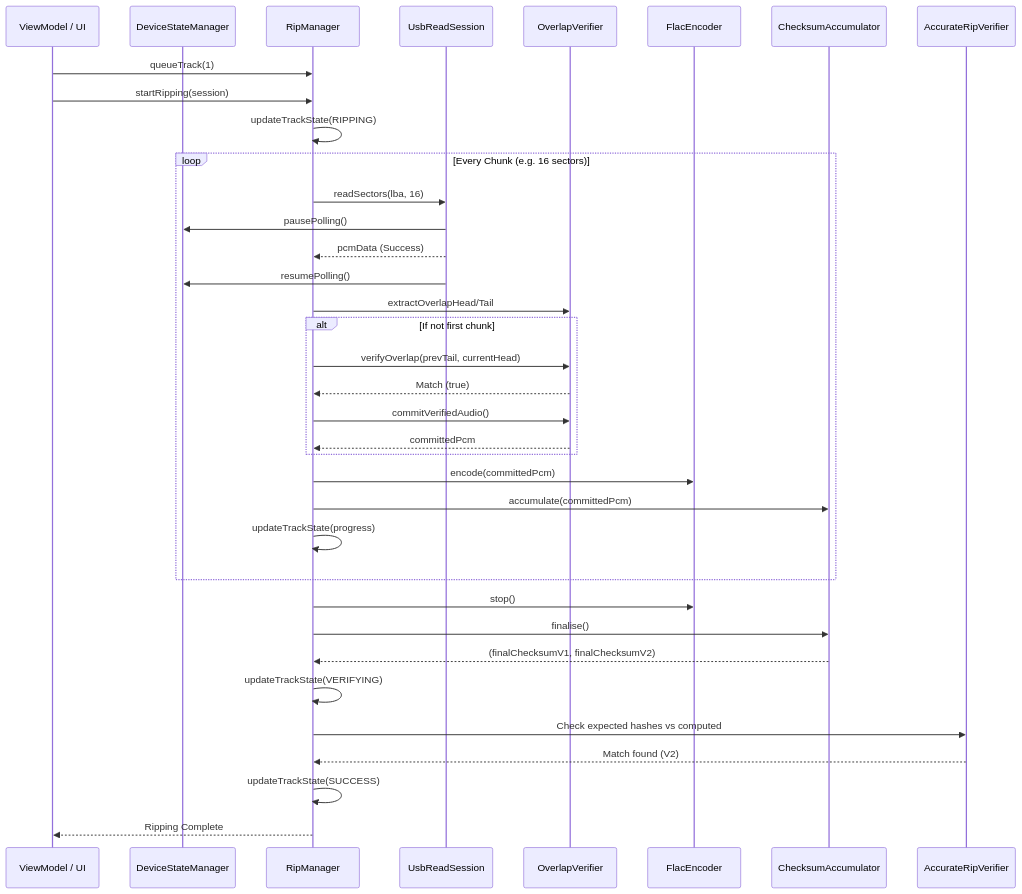
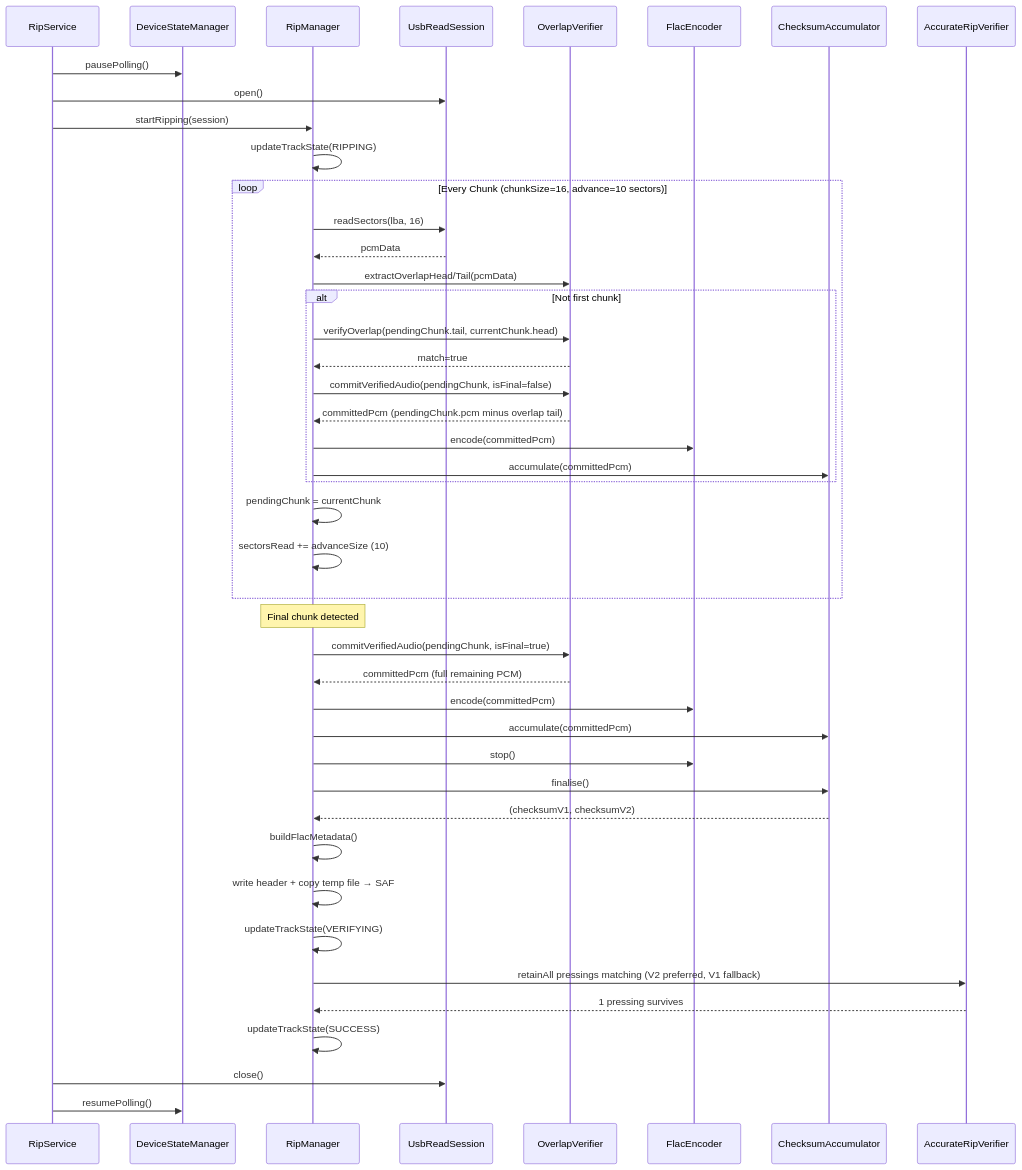
The first of 3 diagrams in docs/ripping/RipManager.md (steve-keep/BitPerfect), drawn with Mermaid before and after one commit. The commit also changed other lines of this file, not shown here.

First line of the commit message:
Revise RipManager architecture and state machine details

````diff
--- a/docs/ripping/RipManager.md
+++ b/docs/ripping/RipManager.md
@@ -63,46 +248,55 @@
 ```mermaid
 sequenceDiagram
-    participant UI as ViewModel / UI
+    participant RS as RipService
     participant DSM as DeviceStateManager
     participant RM as RipManager
     participant URS as UsbReadSession
     participant OV as OverlapVerifier
     participant FLAC as FlacEncoder
     participant ACC as ChecksumAccumulator
     participant ARV as AccurateRipVerifier
 
-    UI->>RM: queueTrack(1)
-    UI->>RM: startRipping(session)
+    RS->>DSM: pausePolling()
+    RS->>URS: open()
+    RS->>RM: startRipping(session)
 
     RM->>RM: updateTrackState(RIPPING)
 
-    loop Every Chunk (e.g. 16 sectors)
+    loop Every Chunk (chunkSize=16, advance=10 sectors)
         RM->>URS: readSectors(lba, 16)
-        URS->>DSM: pausePolling()
-        URS-->>RM: pcmData (Success)
-        URS->>DSM: resumePolling()
+        URS-->>RM: pcmData
 
-        RM->>OV: extractOverlapHead/Tail
-        alt If not first chunk
-            RM->>OV: verifyOverlap(prevTail, currentHead)
-            OV-->>RM: Match (true)
-            RM->>OV: commitVerifiedAudio()
-            OV-->>RM: committedPcm
+        RM->>OV: extractOverlapHead/Tail(pcmData)
+        alt Not first chunk
+            RM->>OV: verifyOverlap(pendingChunk.tail, currentChunk.head)
+            OV-->>RM: match=true
+            RM->>OV: commitVerifiedAudio(pendingChunk, isFinal=false)
+            OV-->>RM: committedPcm (pendingChunk.pcm minus overlap tail)
+            RM->>FLAC: encode(committedPcm)
+            RM->>ACC: accumulate(committedPcm)
         end
+        RM->>RM: pendingChunk = currentChunk
+        RM->>RM: sectorsRead += advanceSize (10)
+    end
 
-        RM->>FLAC: encode(committedPcm)
-        RM->>ACC: accumulate(committedPcm)
-        RM->>RM: updateTrackState(progress)
-    end
+    note over RM: Final chunk detected
+    RM->>OV: commitVerifiedAudio(pendingChunk, isFinal=true)
+    OV-->>RM: committedPcm (full remaining PCM)
+    RM->>FLAC: encode(committedPcm)
+    RM->>ACC: accumulate(committedPcm)
 
     RM->>FLAC: stop()
     RM->>ACC: finalise()
-    ACC-->>RM: (finalChecksumV1, finalChecksumV2)
+    ACC-->>RM: (checksumV1, checksumV2)
+
+    RM->>RM: buildFlacMetadata()
+    RM->>RM: write header + copy temp file → SAF
 
     RM->>RM: updateTrackState(VERIFYING)
-    RM->>ARV: Check expected hashes vs computed
-    ARV-->>RM: Match found (V2)
+    RM->>ARV: retainAll pressings matching (V2 preferred, V1 fallback)
+    ARV-->>RM: 1 pressing survives
+    RM->>RM: updateTrackState(SUCCESS)
 
-    RM->>RM: updateTrackState(SUCCESS)
-    RM-->>UI: Ripping Complete
+    RS->>URS: close()
+    RS->>DSM: resumePolling()
 ```
````
